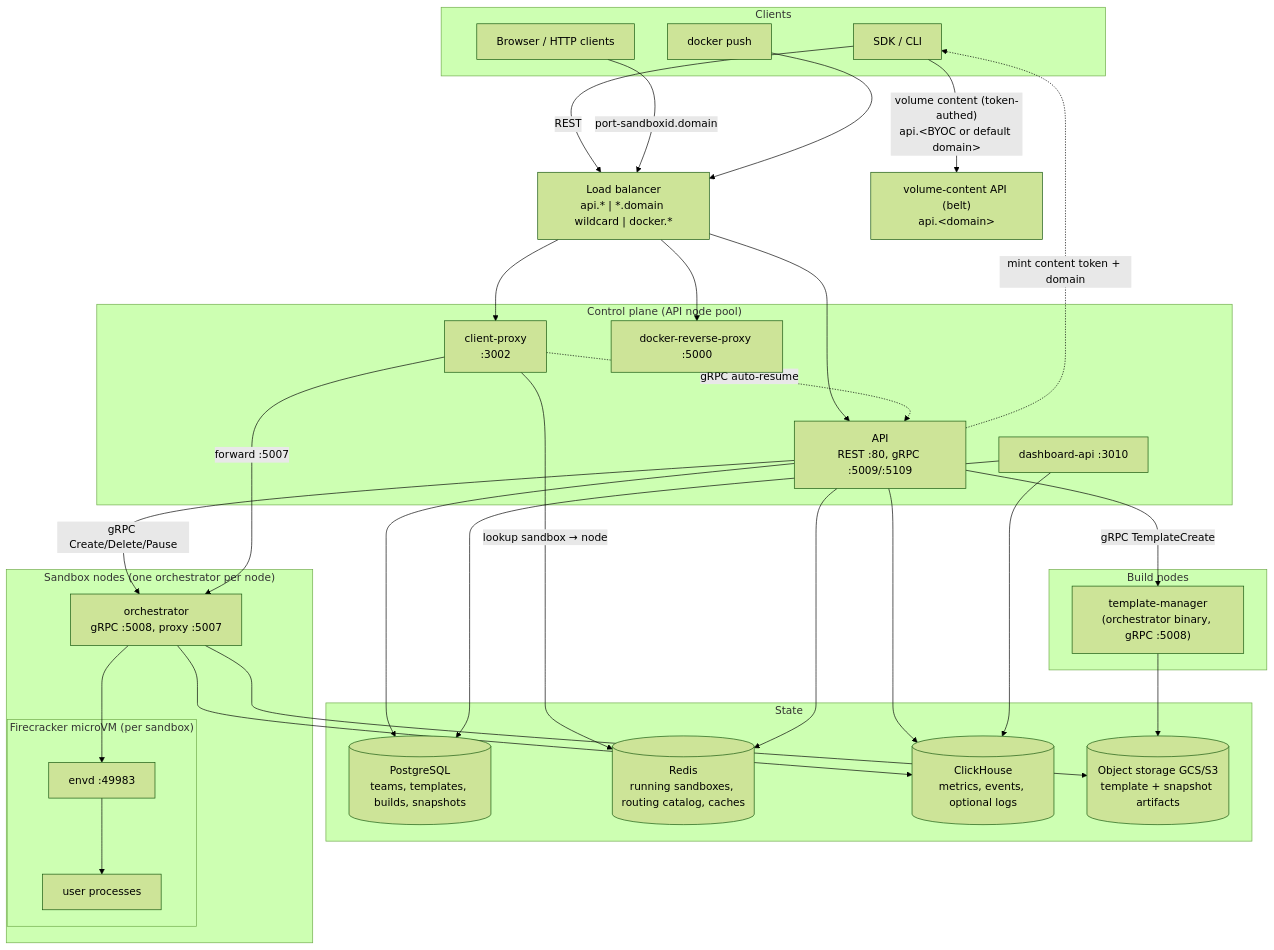
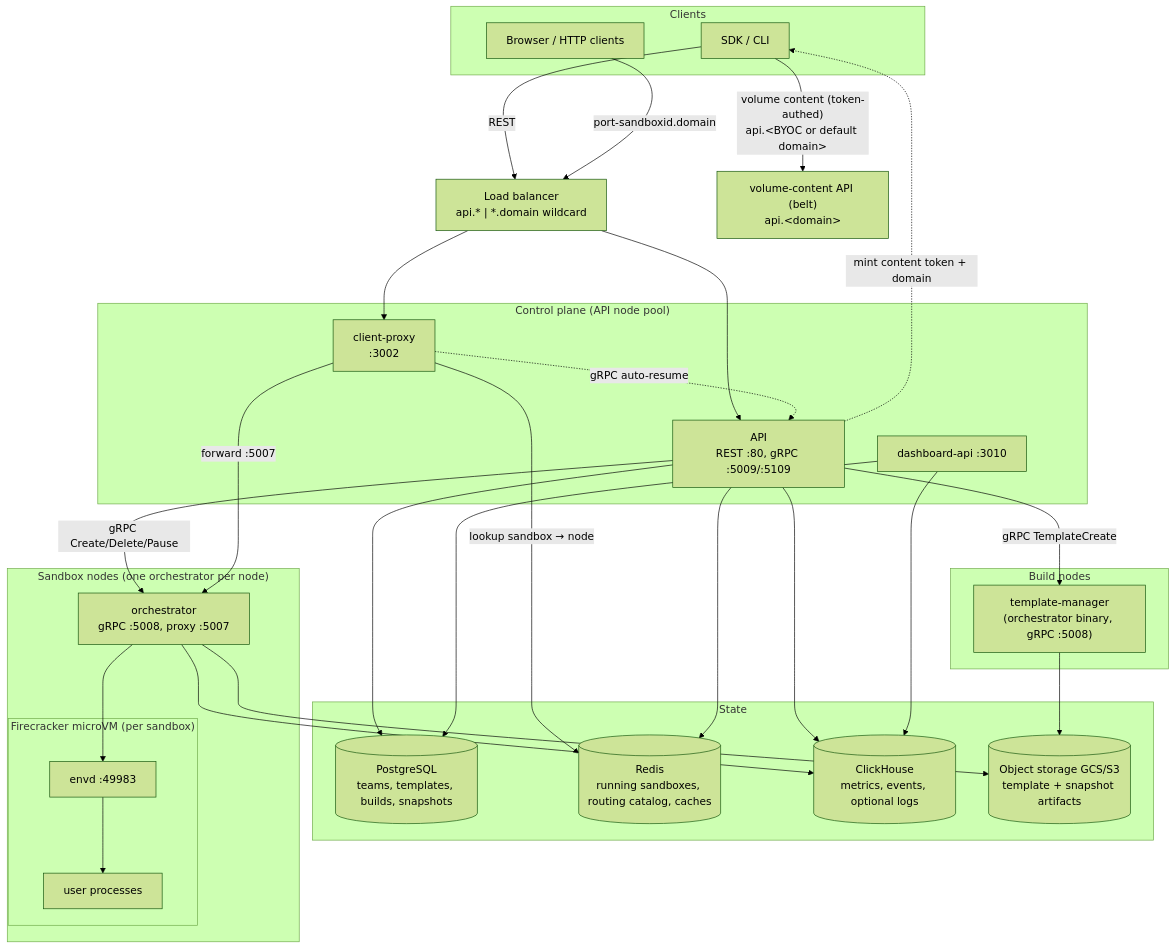
The first of 6 diagrams in docs/ARCHITECTURE.md (e2b-dev/infra), drawn with Mermaid (forest theme) before and after one commit. The commit also changed other lines of this file and 38 other files, not shown here.

Commit message:
chore(docker-reverse-proxy): remove deprecated service

````diff
--- a/docs/ARCHITECTURE.md
+++ b/docs/ARCHITECTURE.md
@@ -32,55 +32,52 @@
 ```mermaid
 flowchart TB
     subgraph clients["Clients"]
         SDK["SDK / CLI"]
         Browser["Browser / HTTP clients"]
-        Docker["docker push"]
     end
 
-    LB["Load balancer<br/>api.* | *.domain wildcard | docker.*"]
+    LB["Load balancer<br/>api.* | *.domain wildcard"]
 
     VC["volume-content API (belt)<br/>api.&lt;domain&gt;"]
 
     subgraph controlplane["Control plane (API node pool)"]
         API["API<br/>REST :80, gRPC :5009/:5109"]
         DashAPI["dashboard-api :3010"]
         CP["client-proxy<br/>:3002"]
-        DRP["docker-reverse-proxy :5000"]
     end
 
     subgraph datastores["State"]
         PG[("PostgreSQL<br/>teams, templates, builds, snapshots")]
         RD[("Redis<br/>running sandboxes, routing catalog, caches")]
         CH[("ClickHouse<br/>metrics, events, optional logs")]
         OS[("Object storage GCS/S3<br/>template + snapshot artifacts")]
     end
 
     subgraph clientnode["Sandbox nodes (one orchestrator per node)"]
         ORCH["orchestrator<br/>gRPC :5008, proxy :5007"]
         subgraph vm["Firecracker microVM (per sandbox)"]
             ENVD["envd :49983"]
             USERPROC["user processes"]
         end
     end
 
     subgraph buildnode["Build nodes"]
         TM["template-manager<br/>(orchestrator binary, gRPC :5008)"]
     end
 
     SDK -->|REST| LB --> API
     Browser -->|"port-sandboxid.domain"| LB --> CP
-    Docker --> LB --> DRP
     API -.->|"mint content token + domain"| SDK
     SDK -->|"volume content (token-authed)<br/>api.&lt;BYOC or default domain&gt;"| VC
     API -->|"gRPC Create/Delete/Pause"| ORCH
     API -->|"gRPC TemplateCreate"| TM
     CP -->|"lookup sandbox → node"| RD
     CP -->|"forward :5007"| ORCH
     CP -.->|"gRPC auto-resume"| API
     ORCH --> ENVD
     ENVD --> USERPROC
     API --> PG & RD & CH
     DashAPI --> PG & CH
     ORCH --> OS & CH
     TM --> OS
 ```
````
